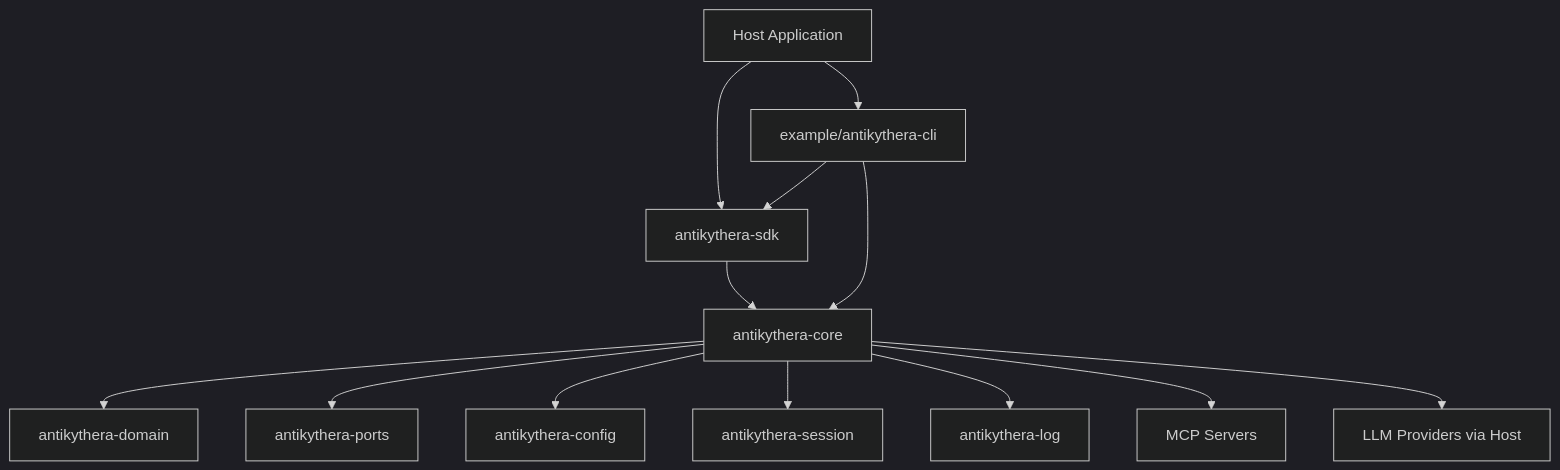
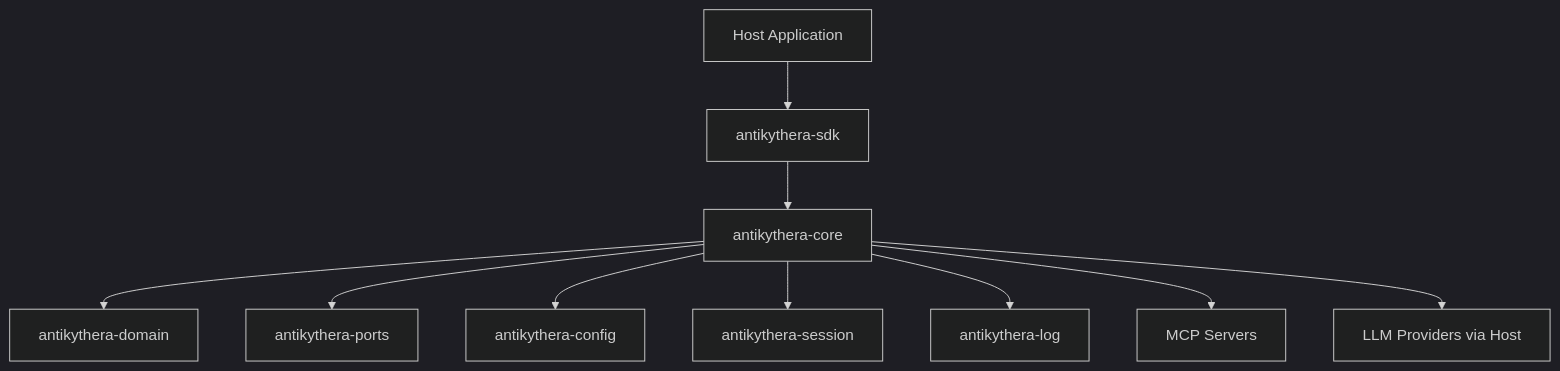
One commit to tsfarizi/antikythera-mcp-framework changed the diagram in README.md. Above: the diagram before and after it, drawn with Mermaid (dark theme). The commit also changed other lines of this file and 157 other files, not shown here.

````diff
--- a/README.md
+++ b/README.md
@@ -7,15 +7,12 @@
 ```mermaid
 flowchart TD
     Host[Host Application] --> SDK[antikythera-sdk]
-    Host --> CLI[example/antikythera-cli]
     SDK --> Core[antikythera-core]
-    CLI --> Core
-    CLI --> SDK
     Core --> Domain[antikythera-domain]
     Core --> Ports[antikythera-ports]
     Core --> Config[antikythera-config]
     Core --> Session[antikythera-session]
     Core --> Log[antikythera-log]
     Core --> MCP[MCP Servers]
     Core --> LLM[LLM Providers via Host]
 ```
````
